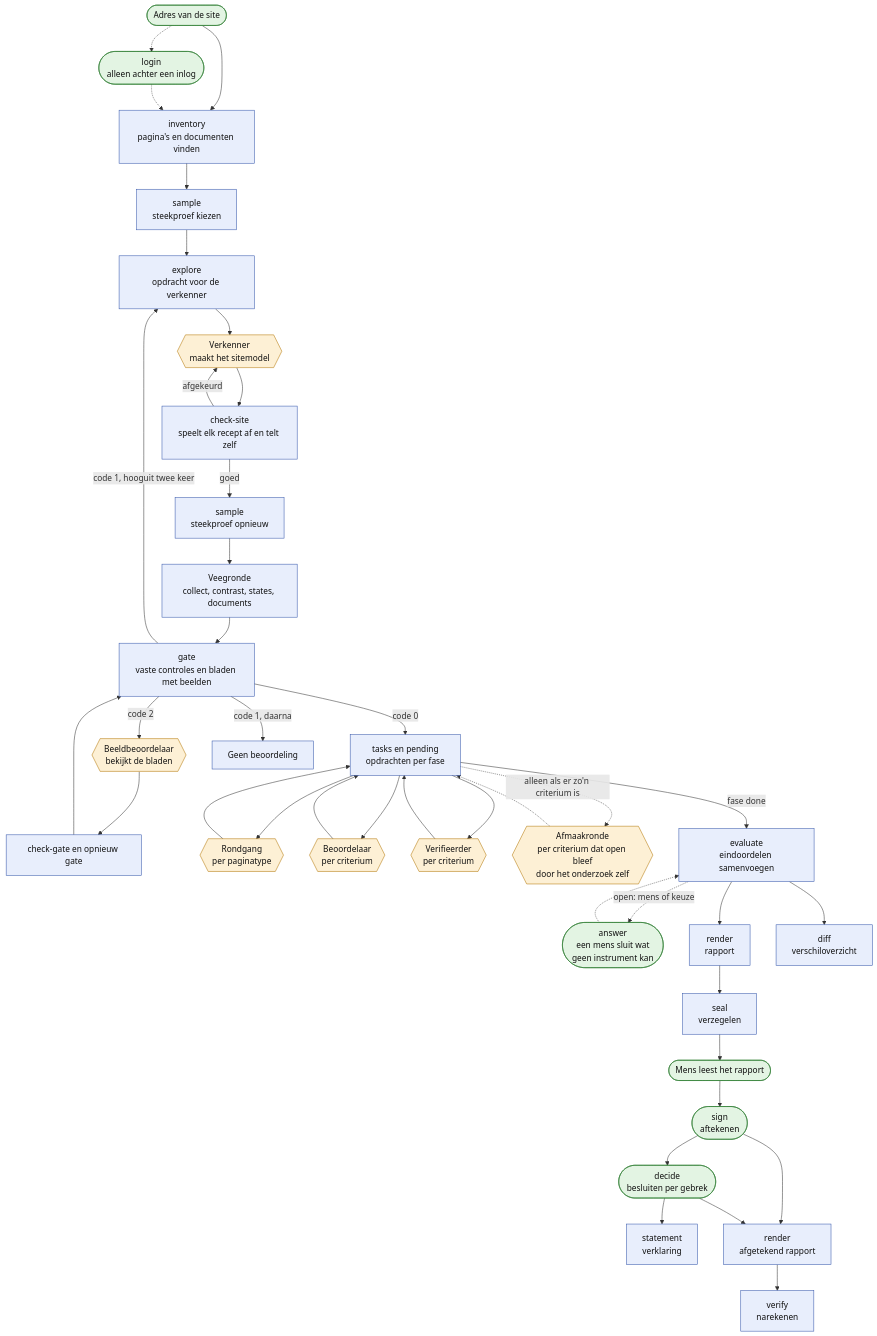
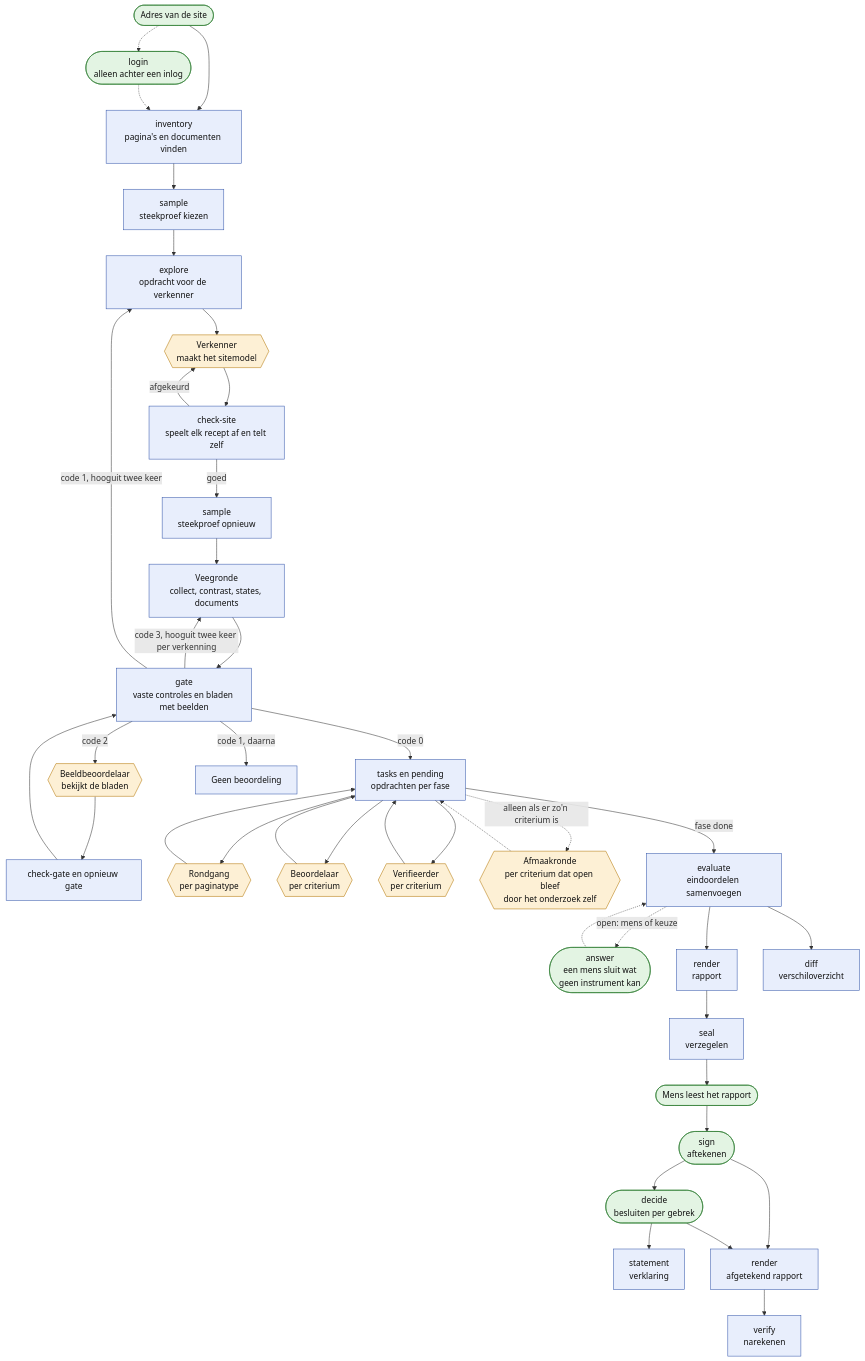
The first of 3 diagrams in docs/architectuur.md (NederlandseDigitaleDienst/loep), drawn with Mermaid before and after one commit. The commit also changed other lines of this file and 10 other files, not shown here.

````diff
--- a/docs/architectuur.md
+++ b/docs/architectuur.md
@@ -30,56 +30,57 @@
 ```mermaid
 flowchart TD
   adres(["Adres van de site"]):::mens
   inlog(["login<br/>alleen achter een inlog"]):::mens
   inventaris["inventory<br/>pagina's en documenten vinden"]:::script
   steekproef["sample<br/>steekproef kiezen"]:::script
   opdracht["explore<br/>opdracht voor de verkenner"]:::script
   verkenner{{"Verkenner<br/>maakt het sitemodel"}}:::agent
   controle["check-site<br/>speelt elk recept af en telt zelf"]:::script
   opnieuw["sample<br/>steekproef opnieuw"]:::script
   veegronde["Veegronde<br/>collect, contrast, states, documents"]:::script
   poort["gate<br/>vaste controles en bladen met beelden"]:::script
   beelden{{"Beeldbeoordelaar<br/>bekijkt de bladen"}}:::agent
   poortcontrole["check-gate en opnieuw gate"]:::script
   taken["tasks en pending<br/>opdrachten per fase"]:::script
   rondgang{{"Rondgang<br/>per paginatype"}}:::agent
   beoordelaar{{"Beoordelaar<br/>per criterium"}}:::agent
   verifieerder{{"Verifieerder<br/>per criterium"}}:::agent
   afmaker{{"Afmaakronde<br/>per criterium dat open bleef<br/>door het onderzoek zelf"}}:::agent
   antwoord(["answer<br/>een mens sluit wat<br/>geen instrument kan"]):::mens
   evaluatie["evaluate<br/>eindoordelen samenvoegen"]:::script
   rapport["render<br/>rapport"]:::script
   verschil["diff<br/>verschiloverzicht"]:::script
   verklaring["statement<br/>verklaring"]:::script
   zegel["seal<br/>verzegelen"]:::script
   lezen(["Mens leest het rapport"]):::mens
   tekenen(["sign<br/>aftekenen"]):::mens
   besluiten(["decide<br/>besluiten per gebrek"]):::mens
   afgetekend["render<br/>afgetekend rapport"]:::script
   narekenen["verify<br/>narekenen"]:::script
   gestopt["Geen beoordeling"]:::script
 
   adres --> inventaris
   adres -.-> inlog -.-> inventaris
   inventaris --> steekproef --> opdracht --> verkenner --> controle
   controle -->|"afgekeurd"| verkenner
   controle -->|"goed"| opnieuw --> veegronde --> poort
   poort -->|"code 2"| beelden --> poortcontrole --> poort
+  poort -->|"code 3, hooguit twee keer per verkenning"| veegronde
   poort -->|"code 1, hooguit twee keer"| opdracht
   poort -->|"code 1, daarna"| gestopt
   poort -->|"code 0"| taken
   taken --> rondgang --> taken
   taken --> beoordelaar --> taken
   taken --> verifieerder --> taken
   taken -.->|"alleen als er zo'n criterium is"| afmaker -.-> taken
   taken -->|"fase done"| evaluatie
   evaluatie -.->|"open: mens of keuze"| antwoord -.-> evaluatie
   evaluatie --> rapport --> zegel --> lezen --> tekenen --> afgetekend --> narekenen
   evaluatie --> verschil
   tekenen --> besluiten --> afgetekend
   besluiten --> verklaring
 
   classDef script fill:#e8eefc,stroke:#3355aa,color:#111111
   classDef agent fill:#fdf0d5,stroke:#b37400,color:#111111
   classDef mens fill:#e3f4e3,stroke:#2e7d32,color:#111111
 ```
````
